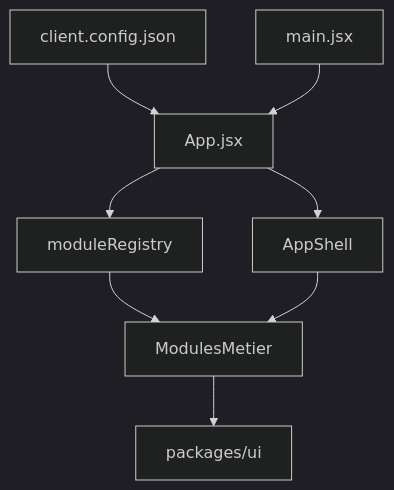
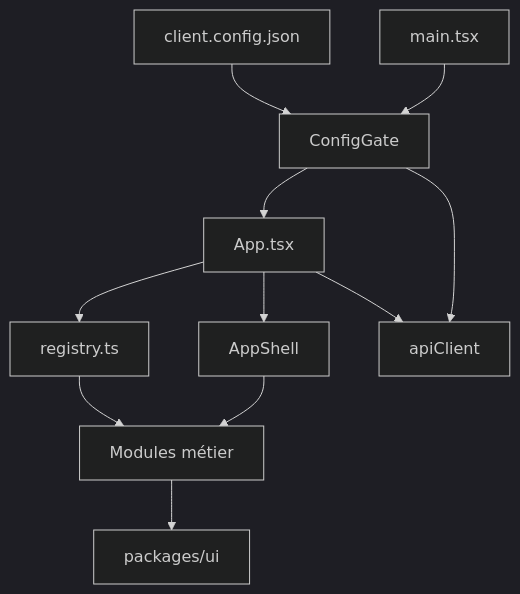
One commit to hrmonic/banktestapp changed the diagram in docs/architecture.md. Above: the diagram before and after it, drawn with Mermaid (dark theme). The commit also changed other lines of this file and 239 other files, not shown here.

````diff
--- a/docs/architecture.md
+++ b/docs/architecture.md
@@ -37,18 +75,22 @@
 ```mermaid
 flowchart TD
   clientConfig[client.config.json]
-  mainEntry[main.jsx]
-  appRoot[App.jsx]
+  mainEntry[main.tsx]
+  configGate[ConfigGate]
+  appRoot[App.tsx]
   appShell[AppShell]
-  moduleRegistry[moduleRegistry]
-  modules[ModulesMetier]
+  moduleRegistry[registry.ts]
+  modules[Modules métier]
   uiKit[packages/ui]
 
-  clientConfig --> appRoot
-  mainEntry --> appRoot
+  clientConfig --> configGate
+  mainEntry --> configGate
+  configGate --> appRoot
   appRoot --> moduleRegistry
   moduleRegistry --> modules
   appRoot --> appShell
   appShell --> modules
   modules --> uiKit
+  appRoot --> apiClient[apiClient]
+  configGate --> apiClient
 ```
````
